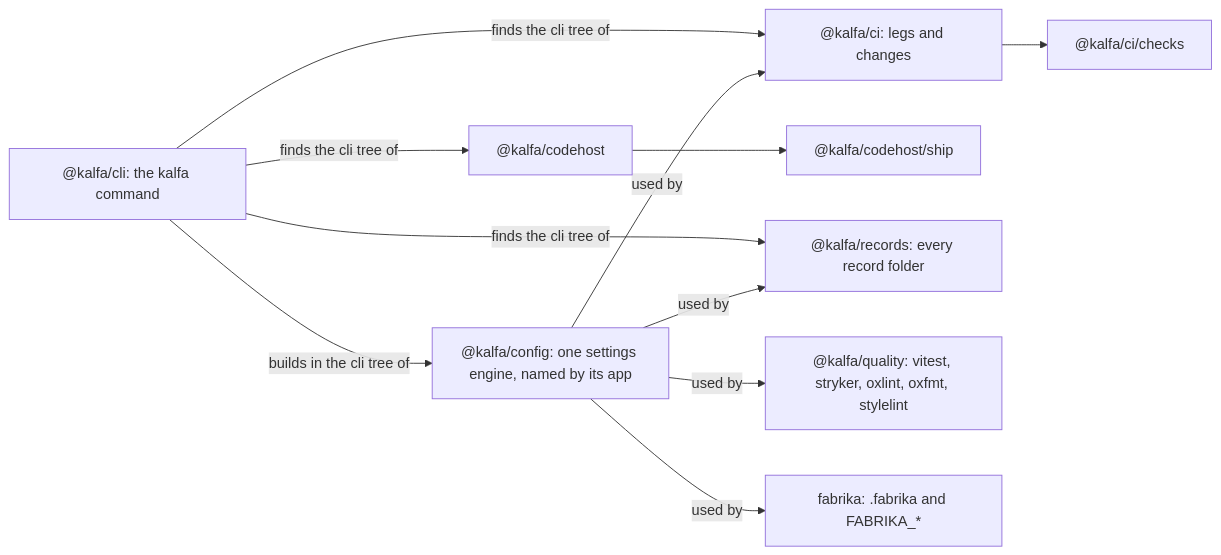
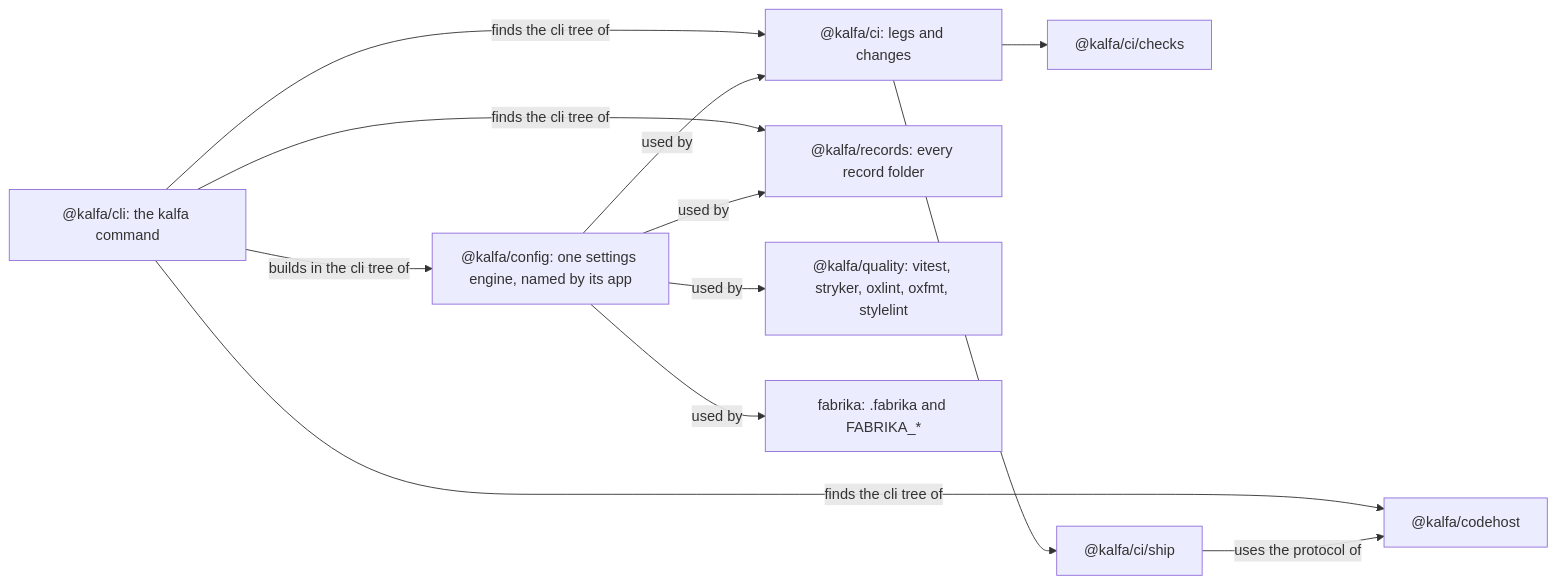
The diagram in .decisions/0585-kalfa-is-six-domain-packages.md (kamp-us/tea-fabrika), drawn with Mermaid before and after one commit. The commit also changed other lines of this file and 3 other files, not shown here.

First line of the commit message:
ship lives in @kalfa/ci as @kalfa/ci/ship, and @kalfa/codehost stays a plain protocol (decision 0614 edited)

````diff
--- a/.decisions/0585-kalfa-is-six-domain-packages.md
+++ b/.decisions/0585-kalfa-is-six-domain-packages.md
@@ -11,22 +11,23 @@
 ```mermaid
 flowchart LR
   cli["@kalfa/cli: the kalfa command"]
   config["@kalfa/config: one settings engine, named by its app"]
   ci["@kalfa/ci: legs and changes"]
   checks["@kalfa/ci/checks"]
+  ship["@kalfa/ci/ship"]
   codehost["@kalfa/codehost"]
-  ship["@kalfa/codehost/ship"]
   records["@kalfa/records: every record folder"]
   quality["@kalfa/quality: vitest, stryker, oxlint, oxfmt, stylelint"]
   fabrika["fabrika: .fabrika and FABRIKA_*"]
   cli -->|builds in the cli tree of| config
   cli -->|finds the cli tree of| ci
   cli -->|finds the cli tree of| codehost
   cli -->|finds the cli tree of| records
   ci --> checks
-  codehost --> ship
+  ci --> ship
+  ship -->|uses the protocol of| codehost
   config -->|used by| fabrika
   config -->|used by| ci
   config -->|used by| records
   config -->|used by| quality
 ```
````
